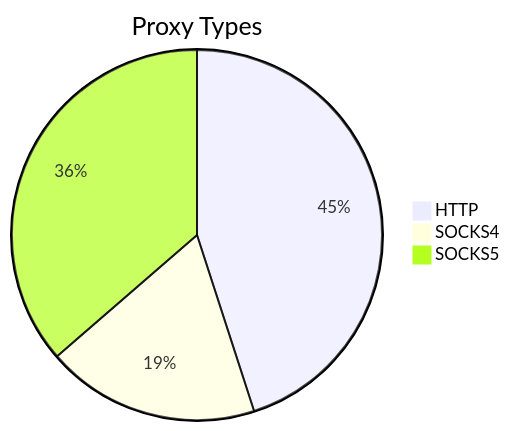
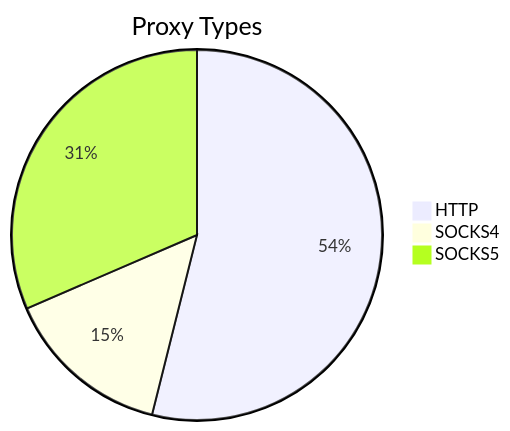
The first of 2 diagrams in README.md (stormsia/proxy-list), drawn with Mermaid before and after one commit. The commit also changed other lines of this file, not shown here.

````diff
--- a/README.md
+++ b/README.md
@@ -21,6 +21,6 @@
 ```mermaid
 pie title Proxy Types
-    "HTTP" : 203
-    "SOCKS4" : 84
-    "SOCKS5" : 164
+    "HTTP" : 214
+    "SOCKS4" : 58
+    "SOCKS5" : 125
 ```
````
